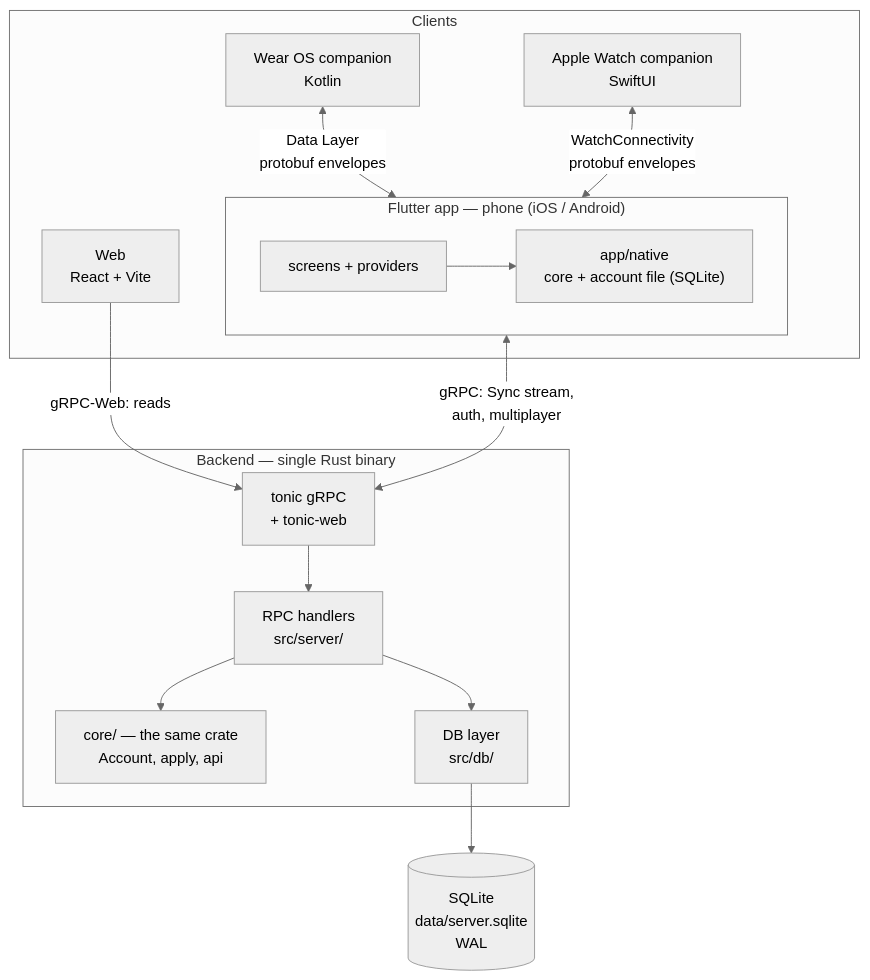
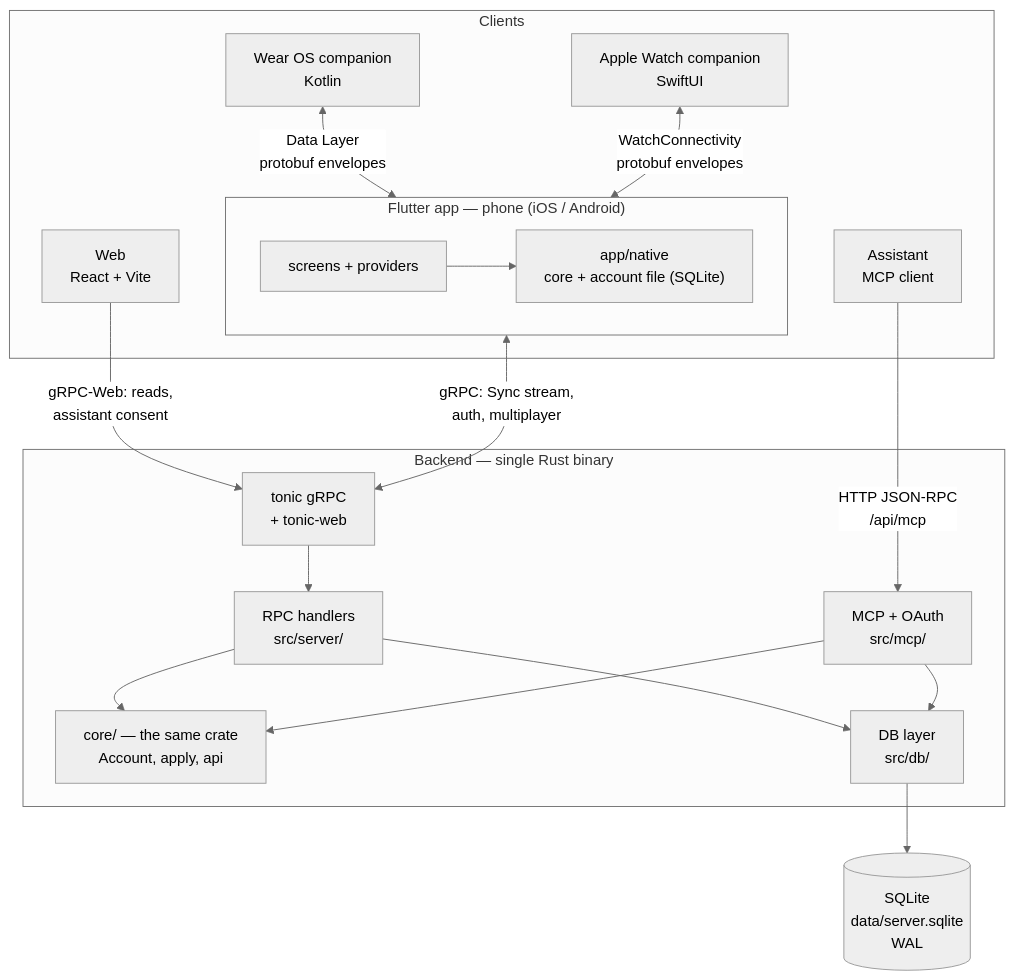
Before and after one commit to brensch/lift: the first of 4 diagrams in docs/architecture/overview.md, drawn with Mermaid (neutral theme). The commit also changed other lines of this file and 8 other files, not shown here.

First line of the commit message:
Docs: the architecture as built on programs

````diff
--- a/docs/architecture/overview.md
+++ b/docs/architecture/overview.md
@@ -12,31 +15,36 @@
 ```mermaid
 graph TB
     subgraph clients["Clients"]
         subgraph phone["Flutter app — phone (iOS / Android)"]
             ui["screens + providers"]
             native["app/native<br/>core + account file (SQLite)"]
             ui --> native
         end
         wear["Wear OS companion<br/>Kotlin"]
         watchos["Apple Watch companion<br/>SwiftUI"]
         webapp["Web<br/>React + Vite"]
+        assistant["Assistant<br/>MCP client"]
     end
 
     subgraph server["Backend — single Rust binary"]
         grpc["tonic gRPC<br/>+ tonic-web"]
         handlers["RPC handlers<br/>src/server/"]
+        mcp["MCP + OAuth<br/>src/mcp/"]
         core["core/ — the same crate<br/>Account, apply, api"]
         dbl["DB layer<br/>src/db/"]
     end
 
     sqlite[("SQLite<br/>data/server.sqlite<br/>WAL")]
 
     wear <-->|"Data Layer<br/>protobuf envelopes"| phone
     watchos <-->|"WatchConnectivity<br/>protobuf envelopes"| phone
     phone <-->|"gRPC: Sync stream,<br/>auth, multiplayer"| grpc
-    webapp -->|"gRPC-Web: reads"| grpc
+    webapp -->|"gRPC-Web: reads,<br/>assistant consent"| grpc
+    assistant -->|"HTTP JSON-RPC<br/>/api/mcp"| mcp
     grpc --> handlers
     handlers --> core
     handlers --> dbl
+    mcp --> core
+    mcp --> dbl
     dbl --> sqlite
 ```
````
